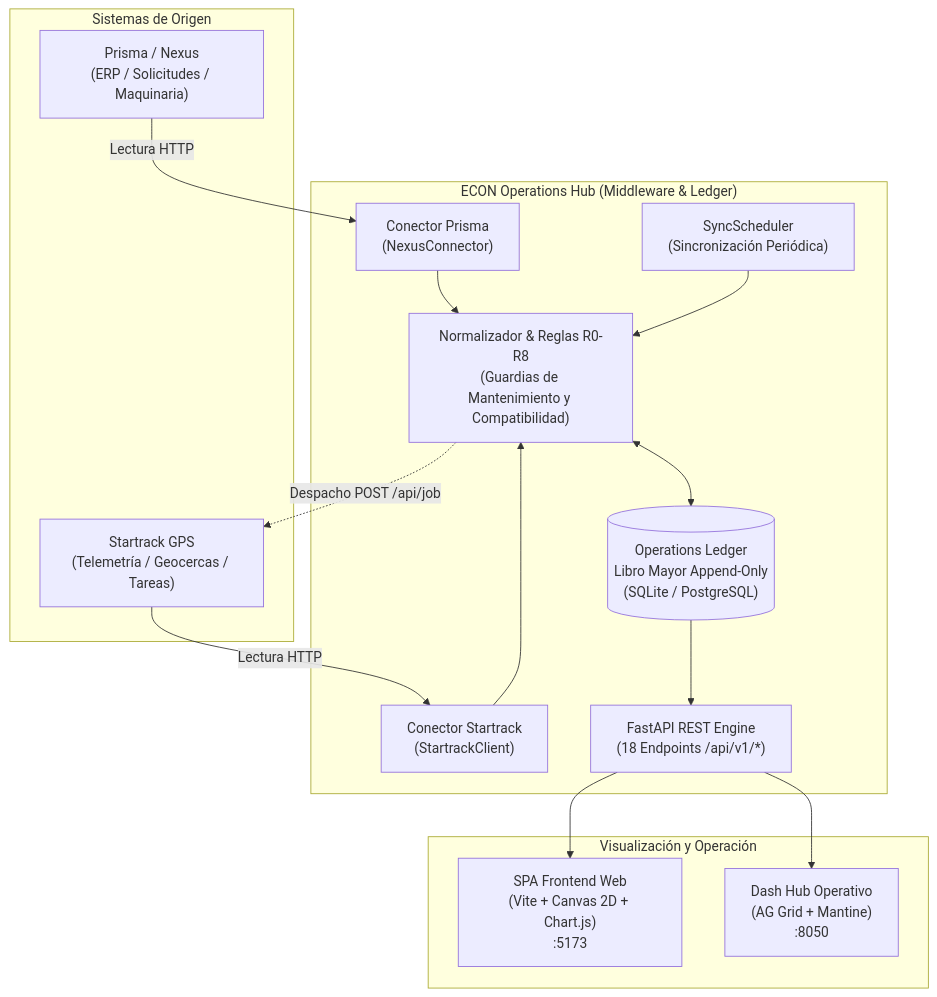
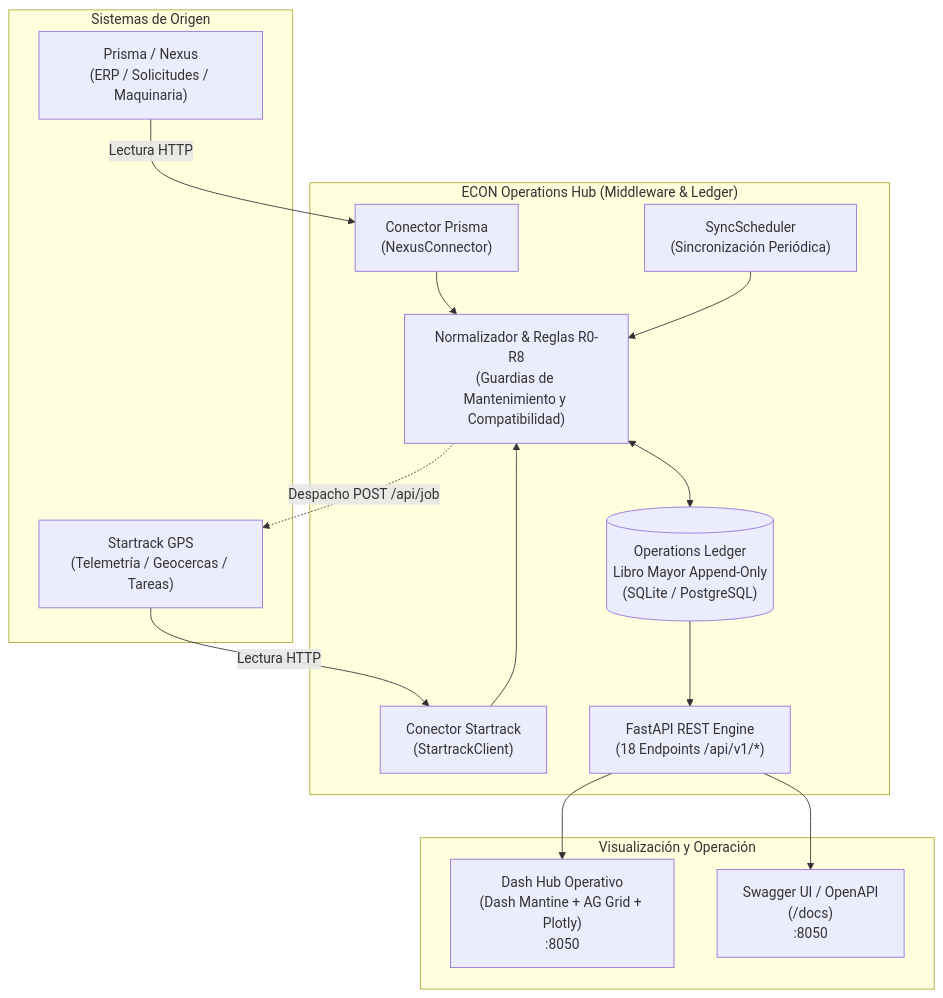
One commit to Los-Filosofos/econ-operations changed the first of 2 diagrams in docs/DOSSIER-ENTREGABLES-HACKATHON.md. Above: the diagram before and after it, drawn with Mermaid. The commit also changed other lines of this file and 158 other files, not shown here.

First line of the commit message:
feat(frontend): integrate redesigned Python Dash UI and align documentation

````diff
--- a/docs/DOSSIER-ENTREGABLES-HACKATHON.md
+++ b/docs/DOSSIER-ENTREGABLES-HACKATHON.md
@@ -124,34 +123,34 @@
 ```mermaid
 flowchart TD
     subgraph Origenes["Sistemas de Origen"]
         P["Prisma / Nexus<br/>(ERP / Solicitudes / Maquinaria)"]
         S["Startrack GPS<br/>(Telemetría / Geocercas / Tareas)"]
     end
 
     subgraph ECON["ECON Operations Hub (Middleware & Ledger)"]
         C1["Conector Prisma<br/>(NexusConnector)"]
         C2["Conector Startrack<br/>(StartrackClient)"]
         
         NORM["Normalizador & Reglas R0-R8<br/>(Guardias de Mantenimiento y Compatibilidad)"]
         LEDGER[("Operations Ledger<br/>Libro Mayor Append-Only<br/>(SQLite / PostgreSQL)")]
         SCHED["SyncScheduler<br/>(Sincronización Periódica)"]
         
         API["FastAPI REST Engine<br/>(18 Endpoints /api/v1/*)"]
     end
 
     subgraph Interfaces["Visualización y Operación"]
-        WEB["SPA Frontend Web<br/>(Vite + Canvas 2D + Chart.js)<br/>:5173"]
-        DASH["Dash Hub Operativo<br/>(AG Grid + Mantine)<br/>:8050"]
+        DASH["Dash Hub Operativo<br/>(Dash Mantine + AG Grid + Plotly)<br/>:8050"]
+        DOCS["Swagger UI / OpenAPI<br/>(/docs)<br/>:8050"]
     end
 
     P -->|Lectura HTTP| C1
     S -->|Lectura HTTP| C2
     C1 --> NORM
     C2 --> NORM
     NORM <--> LEDGER
     SCHED --> NORM
     LEDGER --> API
-    API --> WEB
     API --> DASH
+    API --> DOCS
     NORM -.->|Despacho POST /api/job| S
 ```
````
